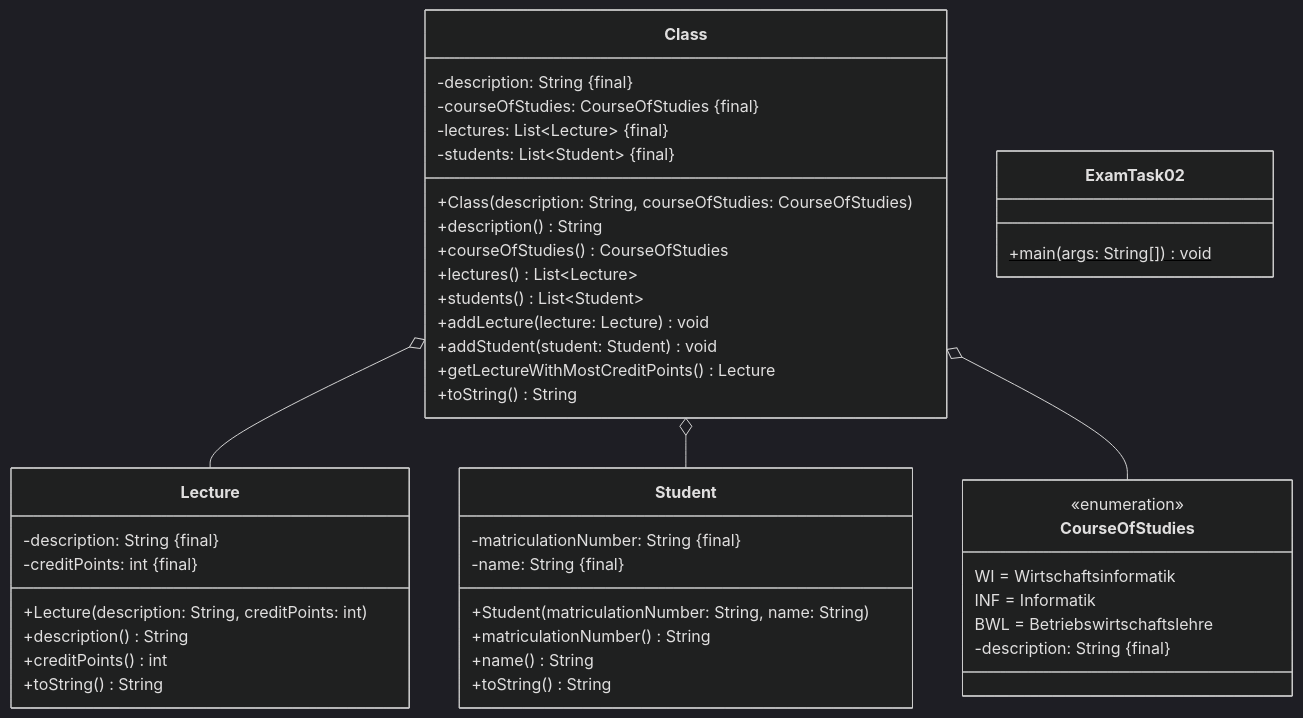
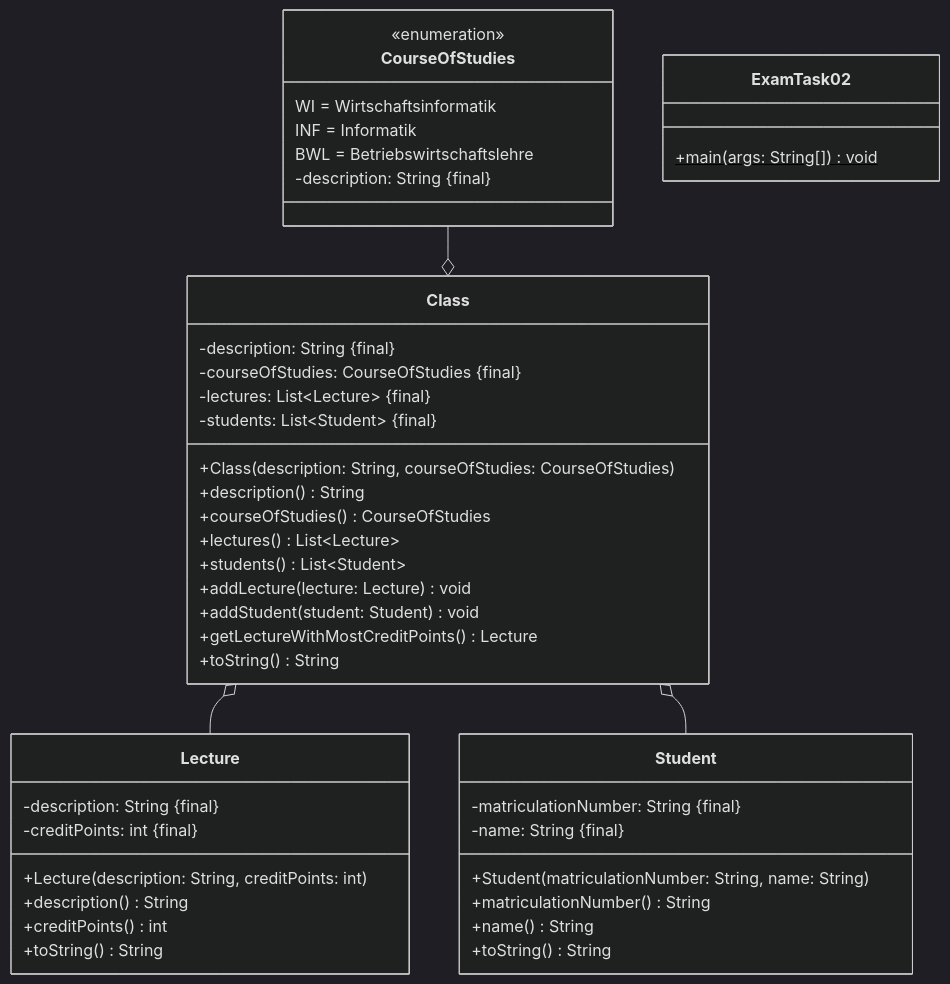
Before and after one commit to jappuccini/java-docs: the first of 8 diagrams in docs/additional-material/daniel/sample-exam-java1.md, drawn with Mermaid (dark theme). The commit also changed other lines of this file and 36 other files, not shown here.

````diff
--- a/docs/additional-material/daniel/sample-exam-java1.md
+++ b/docs/additional-material/daniel/sample-exam-java1.md
@@ -140,52 +140,52 @@
 ```mermaid
 classDiagram
     Class o-- Lecture
     Class o-- Student
-    Class o-- CourseOfStudies
+    CourseOfStudies --o Class
 
     class Class {
         -description: String &#123final&#125
         -courseOfStudies: CourseOfStudies &#123final&#125
         -lectures: List~Lecture~ &#123final&#125
         -students: List~Student~ &#123final&#125
         +Class(description: String, courseOfStudies: CourseOfStudies)
         +description() String
         +courseOfStudies() CourseOfStudies
         +lectures() List~Lecture~
         +students() List~Student~
         +addLecture(lecture: Lecture) void
         +addStudent(student: Student) void
         +getLectureWithMostCreditPoints() Lecture
         +toString() String
     }
 
     class Student {
         -matriculationNumber: String &#123final&#125
         -name: String &#123final&#125
         +Student(matriculationNumber: String, name: String)
         +matriculationNumber() String
         +name() String
         +toString() String
     }
 
     class Lecture {
         -description: String &#123final&#125
         -creditPoints: int &#123final&#125
         +Lecture(description: String, creditPoints: int)
         +description() String
         +creditPoints() int
         +toString() String
     }
 
     class CourseOfStudies {
         <<enumeration>>
         WI = Wirtschaftsinformatik
         INF = Informatik
         BWL = Betriebswirtschaftslehre
         -description: String &#123final&#125
     }
 
     class ExamTask02 {
         +main(args: String[])$ void
     }
 ```
````
